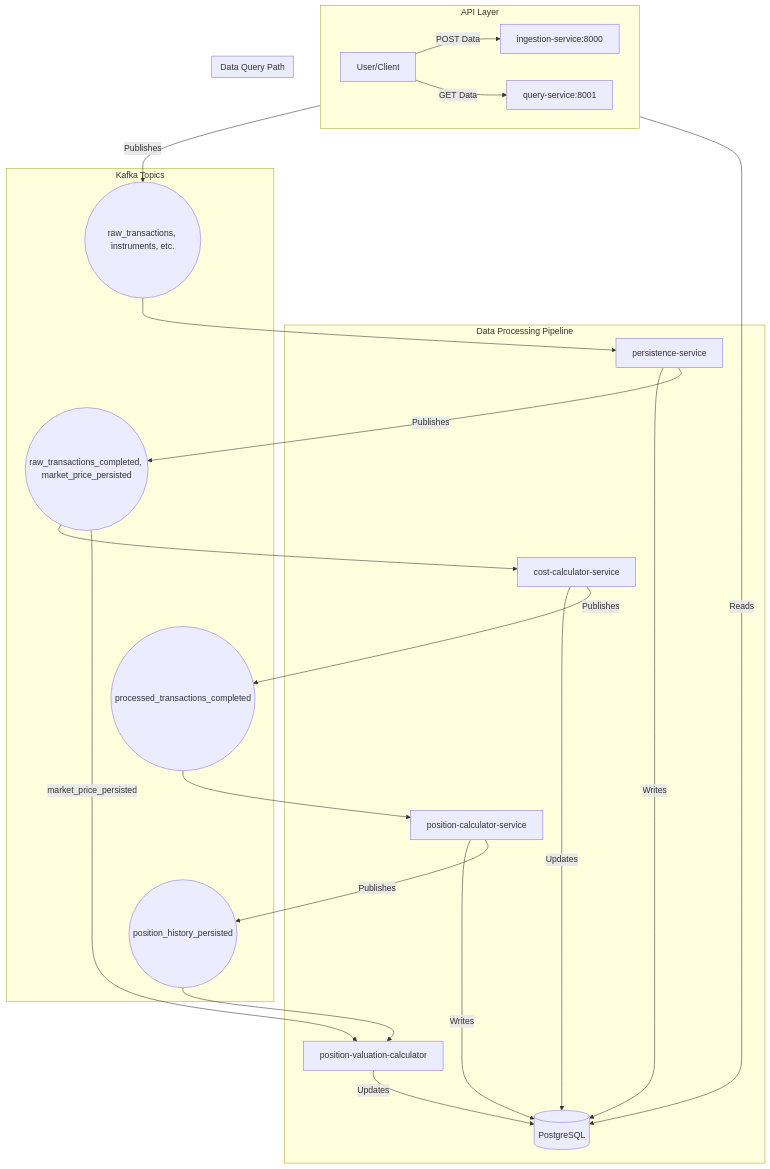
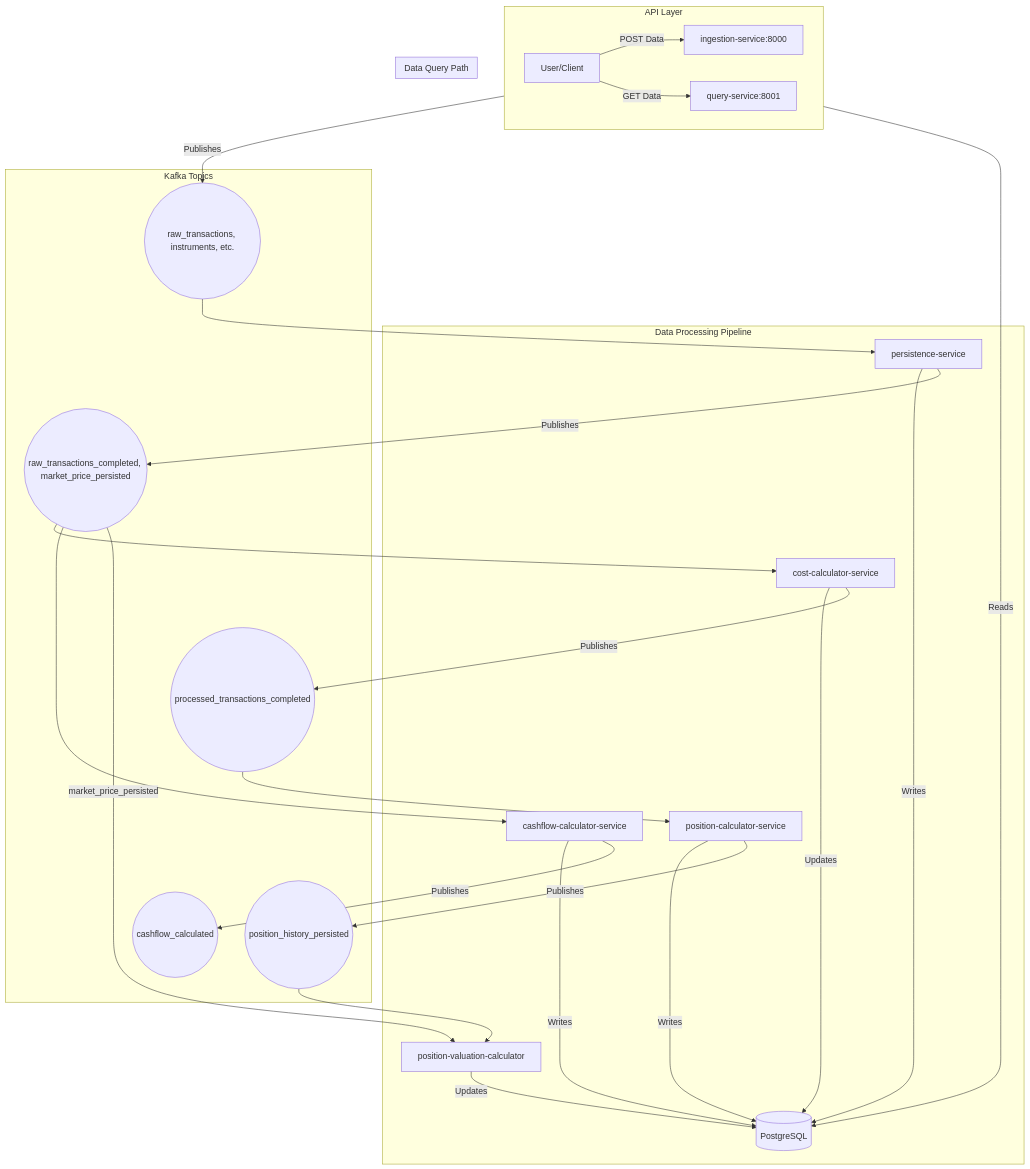
One commit to sgajbi/portfolio-analytics-system changed the diagram in README.md. Above: the diagram before and after it, drawn with Mermaid. The commit also changed other lines of this file, not shown here.

Commit message:
docs(readme): document new cashflow-calculator-service

`````diff
--- a/README.md
+++ b/README.md
@@ -27,39 +26,44 @@
 ```mermaid
 graph TD
     subgraph "API Layer"
         direction LR
         User[User/Client] -- POST Data --> IngestionService[ingestion-service:8000];
         User -- GET Data --> QueryService[query-service:8001];
     end
 
     subgraph "Kafka Topics"
         RawData((raw_transactions, instruments, etc.));
         PersistenceCompleted((raw_transactions_completed, market_price_persisted));
         CostCalculated((processed_transactions_completed));
         PositionCalculated((position_history_persisted));
+        CashflowCalculated((cashflow_calculated));
     end
 
     subgraph "Data Processing Pipeline"
         IngestionService -- Publishes --> RawData;
 
         RawData --> PersistenceService[persistence-service];
         PersistenceService -- Writes --> DB[(PostgreSQL)];
         PersistenceService -- Publishes --> PersistenceCompleted;
 
         PersistenceCompleted --> CostCalculator[cost-calculator-service];
         CostCalculator -- Updates --> DB;
         CostCalculator -- Publishes --> CostCalculated;
+        
+        PersistenceCompleted --> CashflowCalculator[cashflow-calculator-service];
+        CashflowCalculator -- Writes --> DB;
+        CashflowCalculator -- Publishes --> CashflowCalculated;
 
         CostCalculated --> PositionCalculator[position-calculator-service];
         PositionCalculator -- Writes --> DB;
         PositionCalculator -- Publishes --> PositionCalculated;
 
         PositionCalculated --> ValuationCalculator[position-valuation-calculator];
         PersistenceCompleted -- market_price_persisted --> ValuationCalculator;
         ValuationCalculator -- Updates --> DB;
     end
 
     subgraph "Data Query Path"
         QueryService -- Reads --> DB;
     end
 ````
`````
